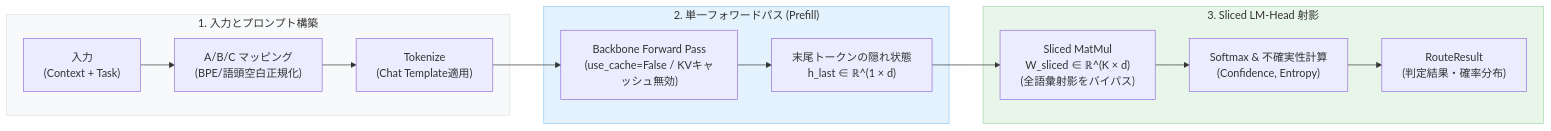
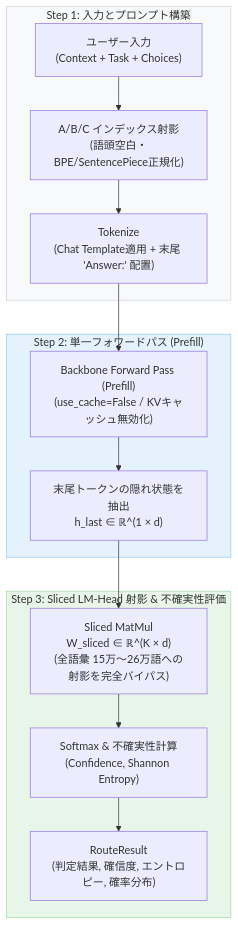
The diagram in README.md (chottokun/logit-router), drawn with Mermaid before and after one commit.

Commit message:
docs: adjust Mermaid flowchart to vertical (TD) layout for improved readability

````diff
--- a/README.md
+++ b/README.md
@@ -14,22 +14,29 @@
 ```mermaid
-flowchart LR
-    subgraph InputPhase["1. 入力とプロンプト構築"]
-        In["入力<br>(Context + Task)"] --> Map["A/B/C マッピング<br>(BPE/語頭空白正規化)"]
-        Map --> Tok["Tokenize<br>(Chat Template適用)"]
+flowchart TD
+    subgraph Step1["Step 1: 入力とプロンプト構築"]
+        In["ユーザー入力<br>(Context + Task + Choices)"]
+        Map["A/B/C インデックス射影<br>(語頭空白・BPE/SentencePiece正規化)"]
+        Tok["Tokenize<br>(Chat Template適用 + 末尾 'Answer:' 配置)"]
+        In --> Map --> Tok
     end
 
-    subgraph PrefillPhase["2. 単一フォワードパス (Prefill)"]
-        Tok --> Fwd["Backbone Forward Pass<br>(use_cache=False / KVキャッシュ無効)"]
-        Fwd --> LastH["末尾トークンの隠れ状態<br>h_last ∈ ℝ^(1 × d)"]
+    subgraph Step2["Step 2: 単一フォワードパス (Prefill)"]
+        Fwd["Backbone Forward Pass (Prefill)<br>(use_cache=False / KVキャッシュ無効化)"]
+        LastH["末尾トークンの隠れ状態を抽出<br>h_last ∈ ℝ^(1 × d)"]
+        Fwd --> LastH
     end
 
-    subgraph SlicedPhase["3. Sliced LM-Head 射影"]
-        LastH --> Sliced["Sliced MatMul<br>W_sliced ∈ ℝ^(K × d)<br>(全語彙射影をバイパス)"]
-        Sliced --> Softmax["Softmax & 不確実性計算<br>(Confidence, Entropy)"]
-        Softmax --> Out["RouteResult<br>(判定結果・確率分布)"]
+    subgraph Step3["Step 3: Sliced LM-Head 射影 & 不確実性評価"]
+        Sliced["Sliced MatMul<br>W_sliced ∈ ℝ^(K × d)<br>(全語彙 15万〜26万語への射影を完全バイパス)"]
+        Softmax["Softmax & 不確実性計算<br>(Confidence, Shannon Entropy)"]
+        Out["RouteResult<br>(判定結果, 確信度, エントロピー, 確率分布)"]
+        Sliced --> Softmax --> Out
     end
 
-    style InputPhase fill:#f8f9fa,stroke:#dee2e6,stroke-width:1px
-    style PrefillPhase fill:#e3f2fd,stroke:#90caf9,stroke-width:1px
-    style SlicedPhase fill:#e8f5e9,stroke:#a5d6a7,stroke-width:1px
+    Tok --> Fwd
+    LastH --> Sliced
+
+    style Step1 fill:#f8f9fa,stroke:#ced4da,stroke-width:1px
+    style Step2 fill:#e3f2fd,stroke:#90caf9,stroke-width:1px
+    style Step3 fill:#e8f5e9,stroke:#a5d6a7,stroke-width:1px
 ```
````
